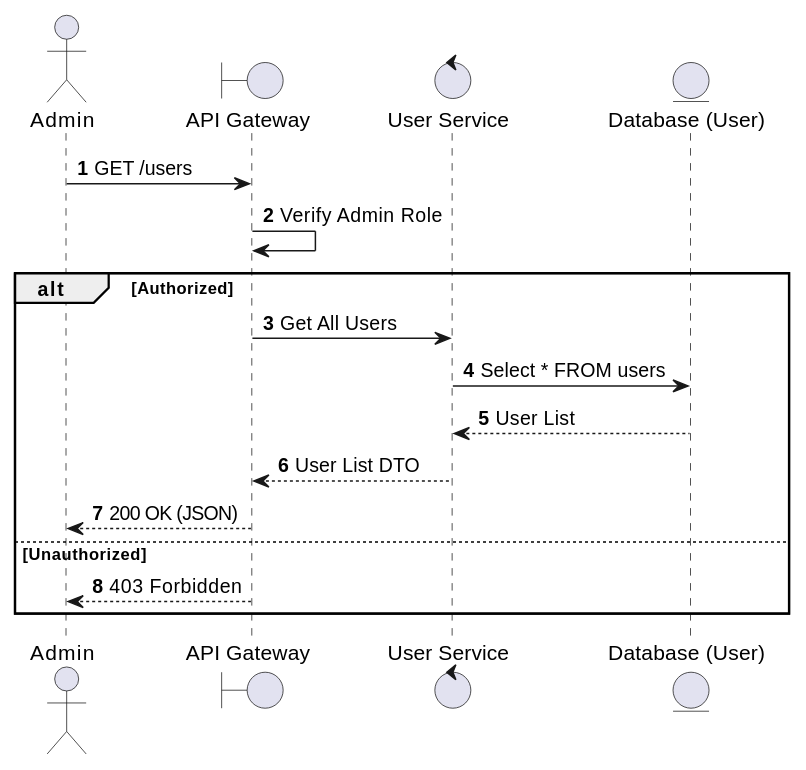
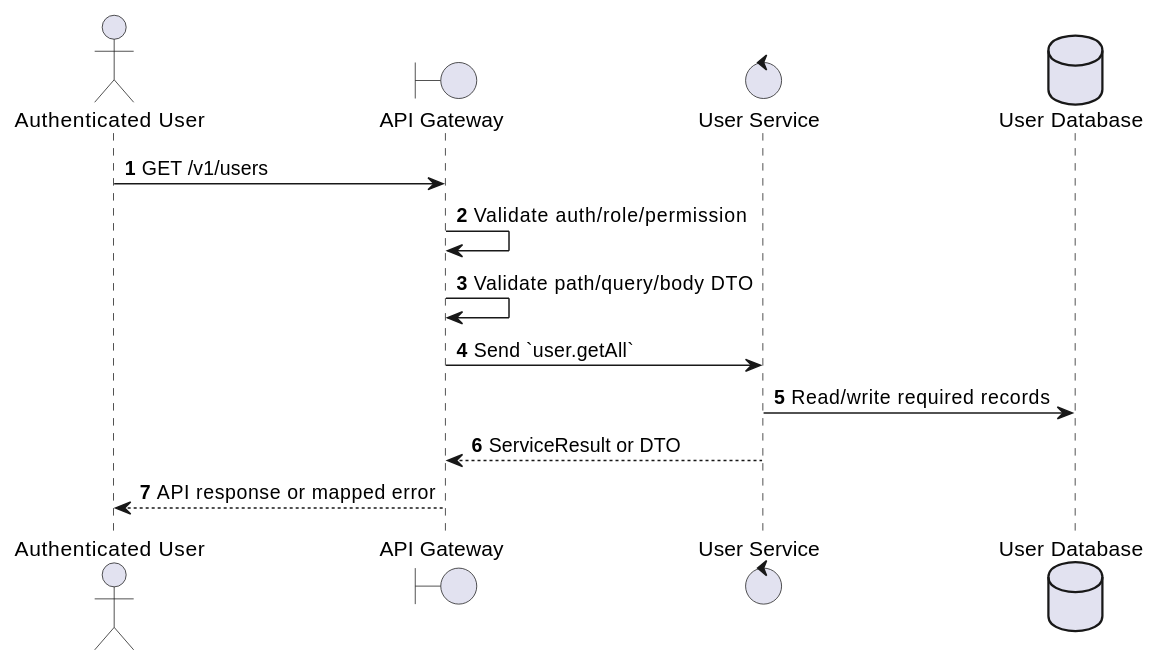
One commit to Tanh1603/movie-hub-architecture changed the first of 2 diagrams in docs/functional_specs/3.1_User_Management/UM-02_List_Users.md. Above: the diagram before and after it, drawn with PlantUML. The commit also changed other lines of this file and 126 other files, not shown here.

````diff
--- a/docs/functional_specs/3.1_User_Management/UM-02_List_Users.md
+++ b/docs/functional_specs/3.1_User_Management/UM-02_List_Users.md
@@ -17,21 +17,17 @@
 ```plantuml
 @startuml
 autonumber
-actor Admin
+actor "Authenticated User" as Actor
 boundary "API Gateway" as GW
-control "User Service" as US
-entity "Database (User)" as DB
+control "User Service" as SVC
+database "User Database" as DB
 
-Admin -> GW: GET /users
-GW -> GW: Verify Admin Role
-alt Authorized
-    GW -> US: Get All Users
-    US -> DB: Select * FROM users
-    DB --> US: User List
-    US --> GW: User List DTO
-    GW --> Admin: 200 OK (JSON)
-else Unauthorized
-    GW --> Admin: 403 Forbidden
-end
+Actor -> GW: GET /v1/users
+GW -> GW: Validate auth/role/permission
+GW -> GW: Validate path/query/body DTO
+GW -> SVC: Send `user.getAll`
+SVC -> DB: Read/write required records
+SVC --> GW: ServiceResult or DTO
+GW --> Actor: API response or mapped error
 @enduml
 ```
````
